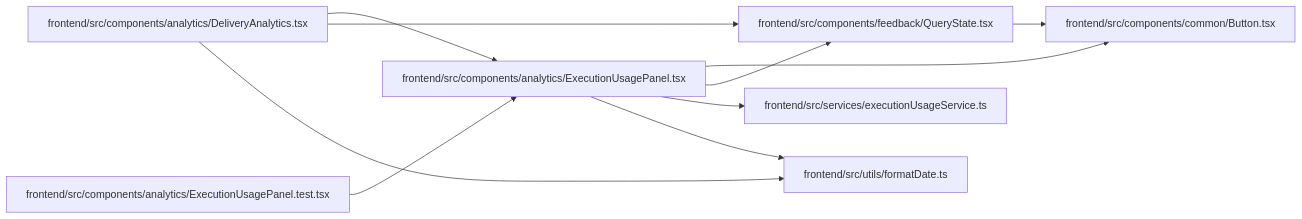
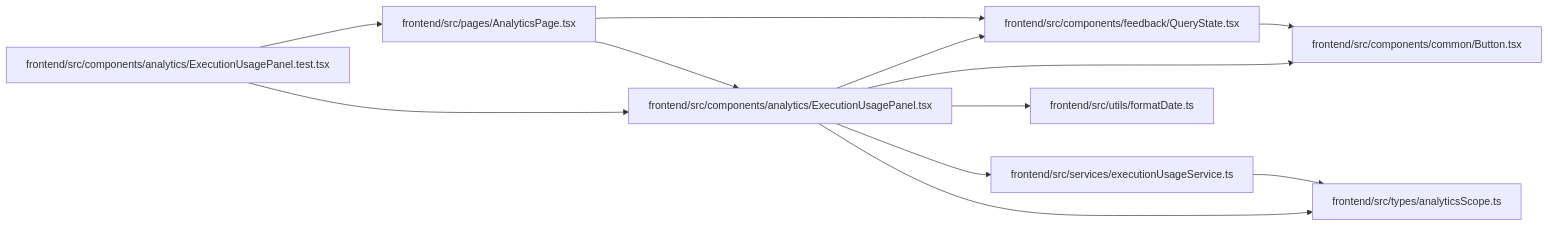
Before and after one commit to Denissvgn/WorkChord: the diagram in docs/llm_wiki/modules/ExecutionUsagePanel.md, drawn with Mermaid. The commit also changed other lines of this file and 2373 other files, not shown here.

````diff
--- a/docs/llm_wiki/modules/ExecutionUsagePanel.md
+++ b/docs/llm_wiki/modules/ExecutionUsagePanel.md
@@ -32,26 +35,30 @@
 ```mermaid
 flowchart LR
-    n0["frontend/src/components/analytics/DeliveryAnalytics.tsx"]
-    n1["frontend/src/components/analytics/ExecutionUsagePanel.test.tsx"]
-    n2["frontend/src/components/analytics/ExecutionUsagePanel.tsx"]
-    n3["frontend/src/components/common/Button.tsx"]
-    n4["frontend/src/components/feedback/QueryState.tsx"]
+    n0["frontend/src/components/analytics/ExecutionUsagePanel.test.tsx"]
+    n1["frontend/src/components/analytics/ExecutionUsagePanel.tsx"]
+    n2["frontend/src/components/common/Button.tsx"]
+    n3["frontend/src/components/feedback/QueryState.tsx"]
+    n4["frontend/src/pages/AnalyticsPage.tsx"]
     n5["frontend/src/services/executionUsageService.ts"]
-    n6["frontend/src/utils/formatDate.ts"]
-    n0 --> n2
+    n6["frontend/src/types/analyticsScope.ts"]
+    n7["frontend/src/utils/formatDate.ts"]
+    n0 --> n1
     n0 --> n4
-    n0 --> n6
     n1 --> n2
-    n2 --> n3
-    n2 --> n4
-    n2 --> n5
-    n2 --> n6
+    n1 --> n3
+    n1 --> n5
+    n1 --> n6
+    n1 --> n7
+    n3 --> n2
+    n4 --> n1
     n4 --> n3
-    click n0 "../modules/DeliveryAnalytics.md"
-    click n1 "../modules/ExecutionUsagePanel.test.md"
-    click n2 "../modules/ExecutionUsagePanel.md"
-    click n3 "../modules/Button.md"
-    click n4 "../modules/QueryState.md"
+    n5 --> n6
+    click n0 "../modules/ExecutionUsagePanel.test.md"
+    click n1 "../modules/ExecutionUsagePanel.md"
+    click n2 "../modules/Button.md"
+    click n3 "../modules/QueryState.md"
+    click n4 "../modules/AnalyticsPage.md"
     click n5 "../modules/executionUsageService.md"
-    click n6 "../modules/formatDate.md"
+    click n6 "../modules/analyticsScope.md"
+    click n7 "../modules/formatDate.md"
 ```
````
